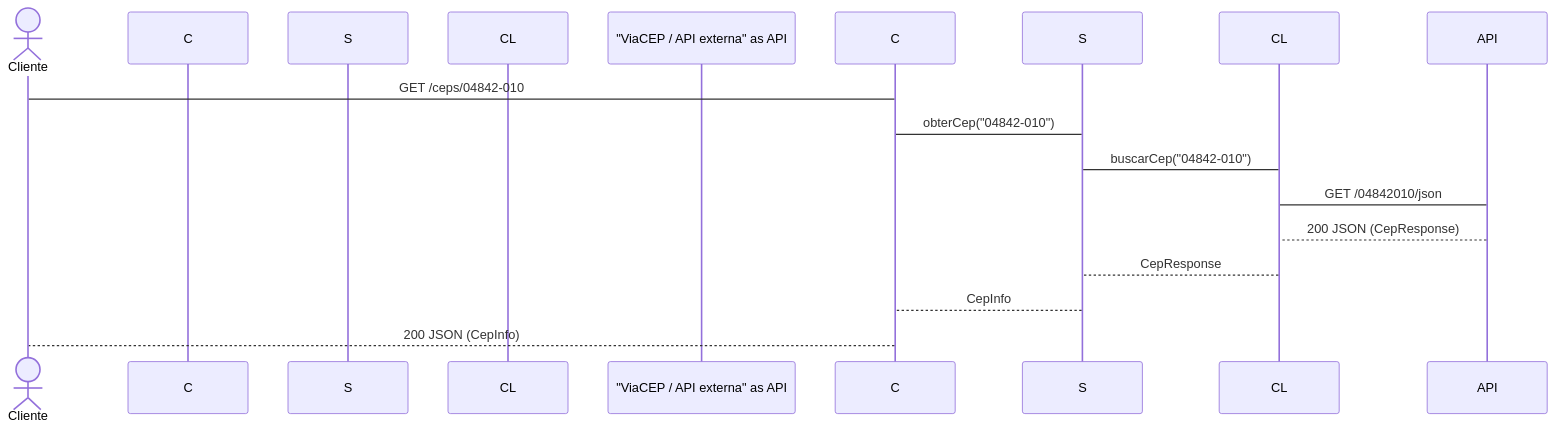
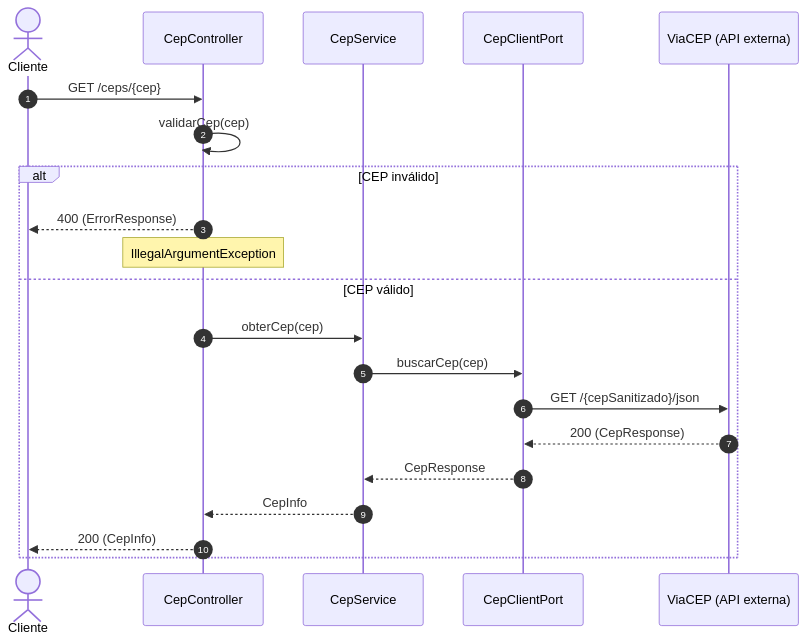
One commit to renato-brito/teste-cep changed the second of 2 diagrams in README.md. Above: the diagram before and after it, drawn with Mermaid. The commit also changed other lines of this file, not shown here.

Commit message:
fix: ajuste os diagramas que não estavam sendo gerados corretamente

````diff
--- a/README.md
+++ b/README.md
@@ -93,17 +122,25 @@
 ```mermaid
 sequenceDiagram
-actor Cliente
-participant "CepController" as C
-participant "CepService" as S
-participant "CepClient" as CL
-participant "ViaCEP / API externa" as API
+  autonumber
+  actor Cliente
+  participant C as CepController
+  participant S as CepService
+  participant CP as CepClientPort
+  participant V as ViaCEP (API externa)
 
-Cliente -> C: GET /ceps/04842-010
-C -> S: obterCep("04842-010")
-S -> CL: buscarCep("04842-010")
-CL -> API: GET /04842010/json
-API --> CL: 200 JSON (CepResponse)
-CL --> S: CepResponse
-S --> C: CepInfo
-C --> Cliente: 200 JSON (CepInfo)
+  Cliente->>C: GET /ceps/{cep}
+  C->>C: validarCep(cep)
+
+  alt CEP inválido
+    C-->>Cliente: 400 (ErrorResponse)
+    note over C: IllegalArgumentException
+  else CEP válido
+    C->>S: obterCep(cep)
+    S->>CP: buscarCep(cep)
+    CP->>V: GET /{cepSanitizado}/json
+    V-->>CP: 200 (CepResponse)
+    CP-->>S: CepResponse
+    S-->>C: CepInfo
+    C-->>Cliente: 200 (CepInfo)
+  end
 ```
````
